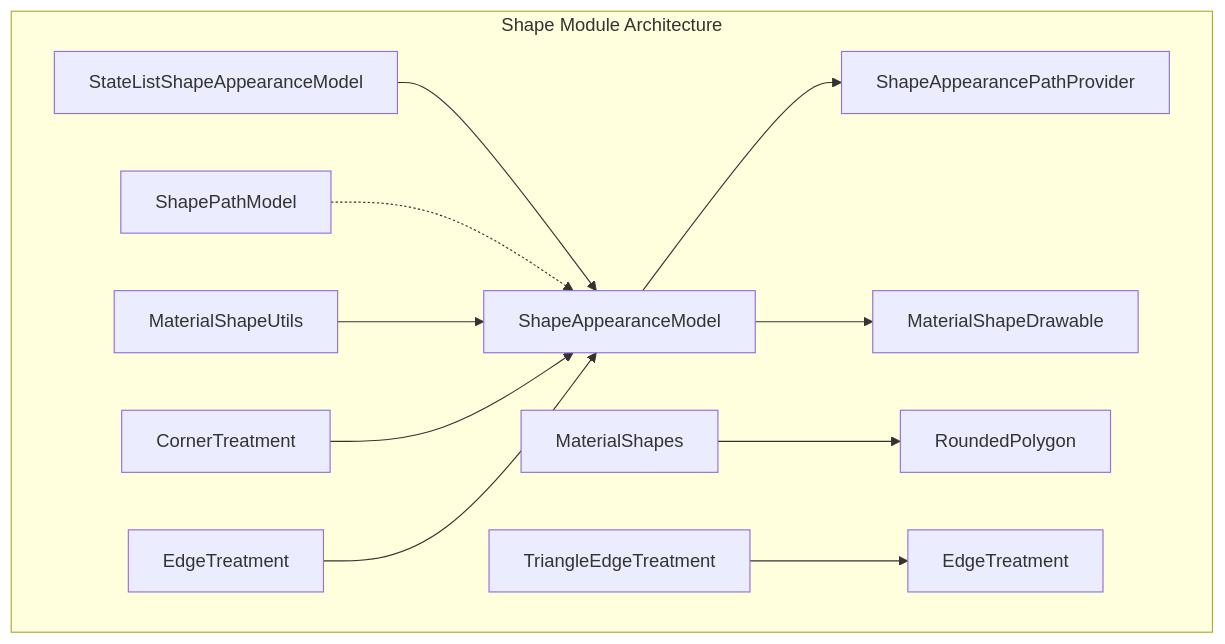
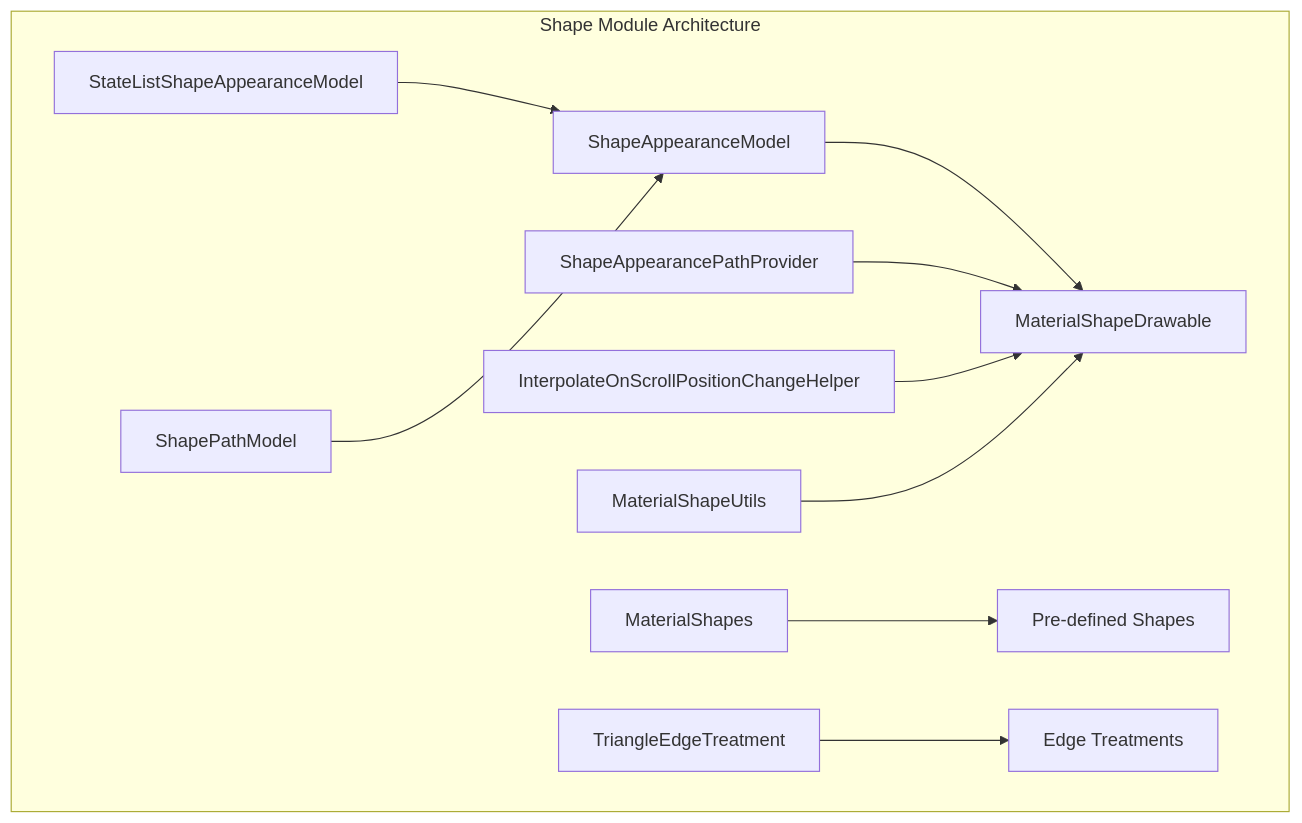
One commit to FSoft-AI4Code/codewiki-demo changed the diagram in docs/material-components--material-components-android-docs/shape.md. Above: the diagram before and after it, drawn with Mermaid. The commit also changed other lines of this file and 1103 other files, not shown here.

````diff
--- a/docs/material-components--material-components-android-docs/shape.md
+++ b/docs/material-components--material-components-android-docs/shape.md
@@ -18,14 +19,13 @@
 ```mermaid
 graph TB
     subgraph "Shape Module Architecture"
-        A[ShapeAppearanceModel] --> B[ShapeAppearancePathProvider]
-        A --> C[MaterialShapeDrawable]
-        D[MaterialShapes] --> E[RoundedPolygon]
-        F[StateListShapeAppearanceModel] --> A
-        G[ShapePathModel] -.-> A
-        H[MaterialShapeUtils] --> A
-        I[TriangleEdgeTreatment] --> J[EdgeTreatment]
-        K[CornerTreatment] --> A
-        L[EdgeTreatment] --> A
+        A[ShapeAppearanceModel] --> B[MaterialShapeDrawable]
+        C[ShapeAppearancePathProvider] --> B
+        D[MaterialShapes] --> E[Pre-defined Shapes]
+        F[InterpolateOnScrollPositionChangeHelper] --> B
+        G[StateListShapeAppearanceModel] --> A
+        H[ShapePathModel] --> A
+        I[TriangleEdgeTreatment] --> J[Edge Treatments]
+        K[MaterialShapeUtils] --> B
     end
 ```
````
